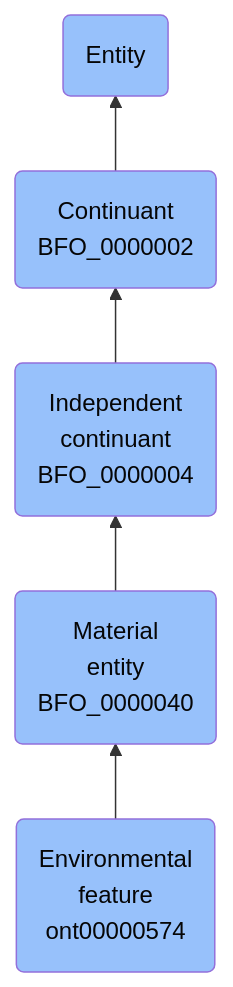
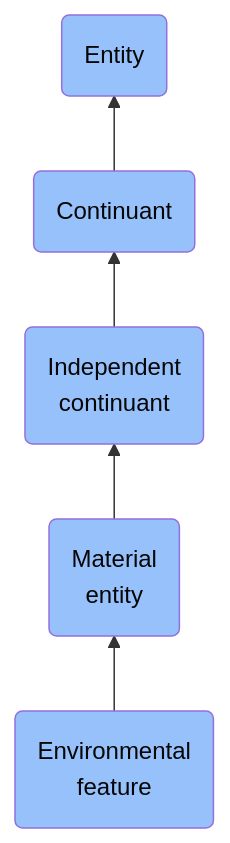
The diagram in docs/ontology/reference/model/Entity/Continuant/Independent continuant/Material entity/Environmental feature/Environmental feature.md (jupyter-naas/abi), drawn with Mermaid before and after one commit. The commit also changed other lines of this file and 1430 other files, not shown here.

````diff
--- a/docs/ontology/reference/model/Entity/Continuant/Independent continuant/Material entity/Environmental feature/Environmental feature.md
+++ b/docs/ontology/reference/model/Entity/Continuant/Independent continuant/Material entity/Environmental feature/Environmental feature.md
@@ -24,12 +24,12 @@
 ```mermaid
 graph BT
-    ont00000574(Environmental<br>feature<br>ont00000574):::BFO-->BFO_0000040
-    BFO_0000040(Material<br>entity<br>BFO_0000040):::BFO-->BFO_0000004
-    BFO_0000004(Independent<br>continuant<br>BFO_0000004):::BFO-->BFO_0000002
-    BFO_0000002(Continuant<br>BFO_0000002):::BFO-->BFO_0000001
+    ont00000574(Environmental<br>feature):::BFO-->BFO_0000040
+    BFO_0000040(Material<br>entity):::BFO-->BFO_0000004
+    BFO_0000004(Independent<br>continuant):::BFO-->BFO_0000002
+    BFO_0000002(Continuant):::BFO-->BFO_0000001
     BFO_0000001(Entity):::BFO
     
     classDef BFO fill:#97c1fb,color:#060606
     classDef CCO fill:#e4c51e,color:#060606
     classDef ABI fill:#48DD82,color:#060606
 ```
````
